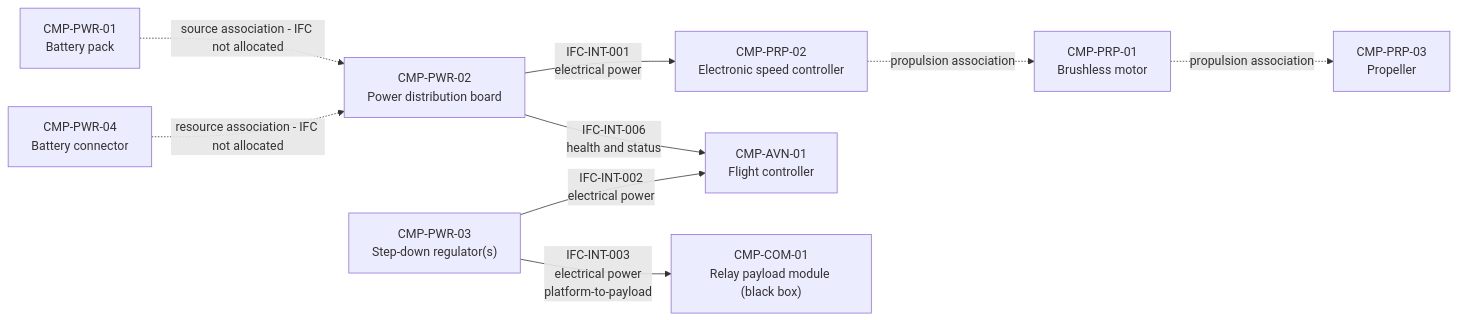
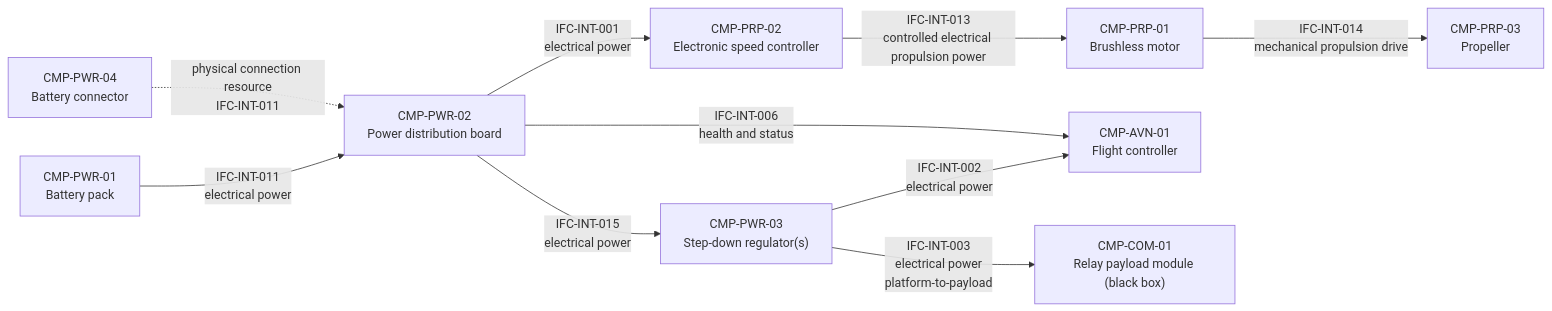
One commit to noahstephenson/low-cost-relay-uas changed the fifth of 22 diagrams in reports/architecture-views.md. Above: the diagram before and after it, drawn with Mermaid. The commit also changed other lines of this file and 11 other files, not shown here.

````diff
--- a/reports/architecture-views.md
+++ b/reports/architecture-views.md
@@ -119,21 +118,22 @@
 ```mermaid
 flowchart LR
     %% Configuration scope: CFG-REP / CFG-DOM
     CMP_PWR_01["CMP-PWR-01<br/>Battery pack"]
     CMP_PWR_02["CMP-PWR-02<br/>Power distribution board"]
     CMP_PWR_03["CMP-PWR-03<br/>Step-down regulator(s)"]
     CMP_PWR_04["CMP-PWR-04<br/>Battery connector"]
     CMP_PRP_01["CMP-PRP-01<br/>Brushless motor"]
     CMP_PRP_02["CMP-PRP-02<br/>Electronic speed controller"]
     CMP_PRP_03["CMP-PRP-03<br/>Propeller"]
     CMP_AVN_01["CMP-AVN-01<br/>Flight controller"]
     CMP_COM_01["CMP-COM-01<br/>Relay payload module (black box)"]
-    CMP_PWR_01 -.->|"source association - IFC not allocated"| CMP_PWR_02
-    CMP_PWR_04 -.->|"resource association - IFC not allocated"| CMP_PWR_02
+    CMP_PWR_01 -->|"IFC-INT-011<br/>electrical power"| CMP_PWR_02
+    CMP_PWR_04 -.->|"physical connection resource<br/>IFC-INT-011"| CMP_PWR_02
     CMP_PWR_02 -->|"IFC-INT-001<br/>electrical power"| CMP_PRP_02
+    CMP_PWR_02 -->|"IFC-INT-015<br/>electrical power"| CMP_PWR_03
     CMP_PWR_03 -->|"IFC-INT-002<br/>electrical power"| CMP_AVN_01
     CMP_PWR_03 -->|"IFC-INT-003<br/>electrical power<br/>platform-to-payload"| CMP_COM_01
     CMP_PWR_02 -->|"IFC-INT-006<br/>health and status"| CMP_AVN_01
-    CMP_PRP_02 -.->|"propulsion association"| CMP_PRP_01
-    CMP_PRP_01 -.->|"propulsion association"| CMP_PRP_03
+    CMP_PRP_02 -->|"IFC-INT-013<br/>controlled electrical propulsion power"| CMP_PRP_01
+    CMP_PRP_01 -->|"IFC-INT-014<br/>mechanical propulsion drive"| CMP_PRP_03
 ```
````
